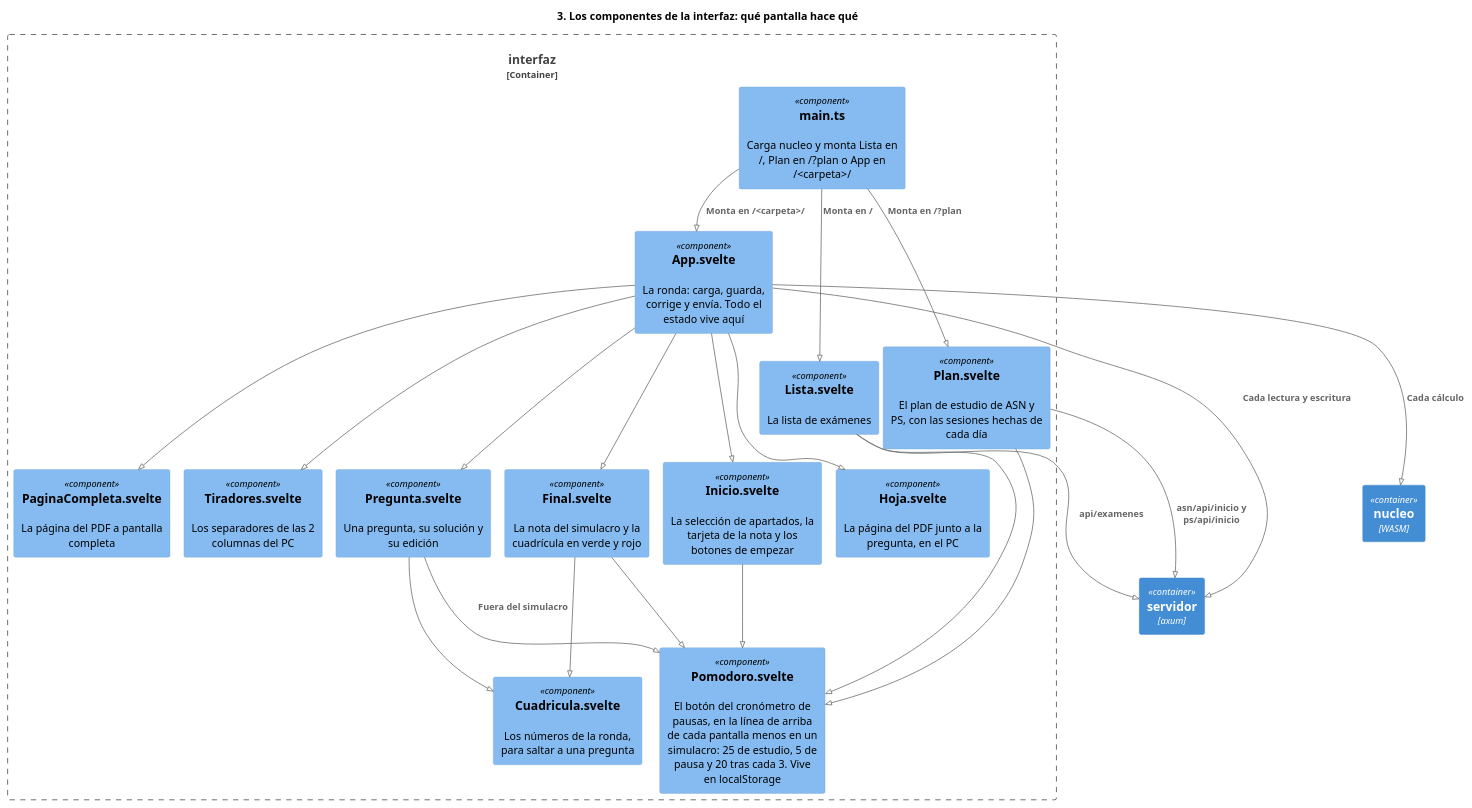
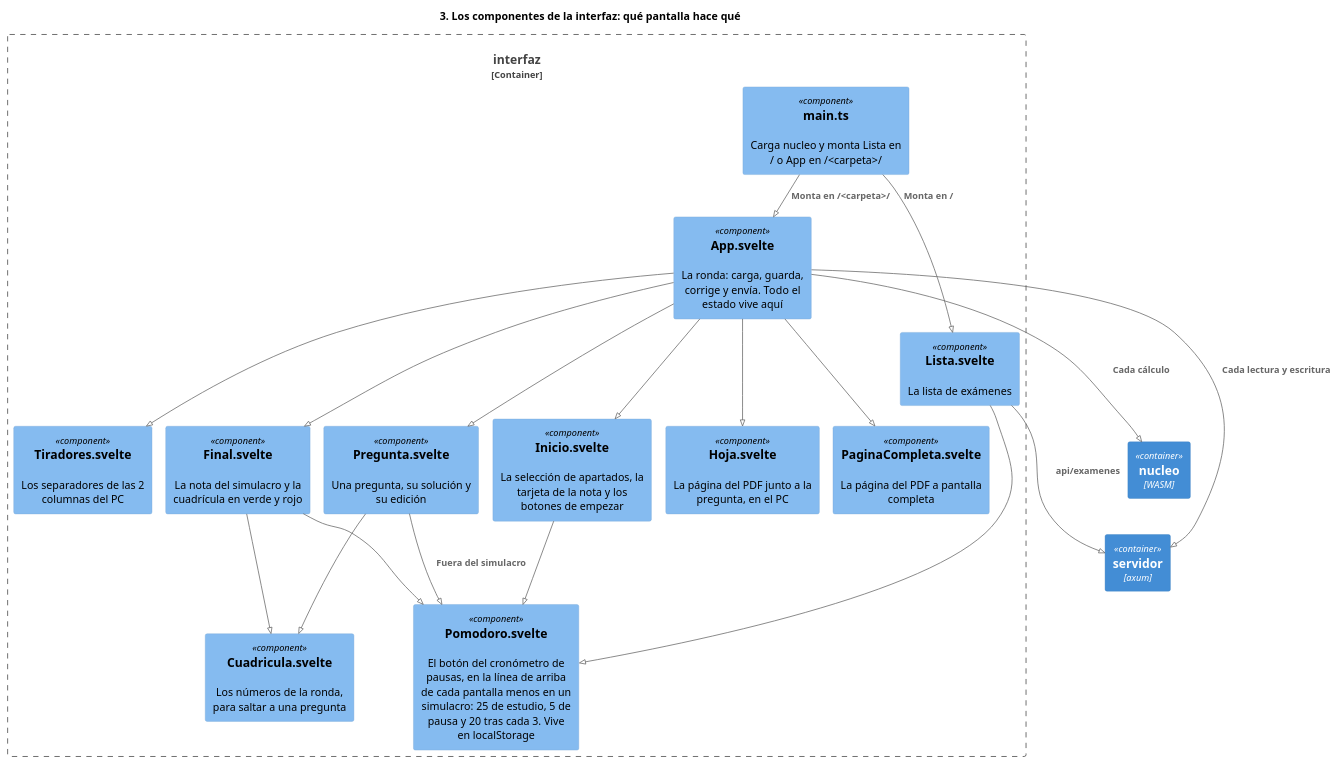
The diagram in docs/diagramas/3-interfaz.puml (jfdg01/examenes), drawn with PlantUML before and after one commit. The commit also changed 5 other files, not shown here.

First line of the commit message:
feat: la app no tiene plan de estudio

```diff
--- a/docs/diagramas/3-interfaz.puml
+++ b/docs/diagramas/3-interfaz.puml
@@ -1,44 +1,40 @@
 @startuml 3-interfaz
 !pragma layout smetana
 !include <C4/C4_Component>
 title 3. Los componentes de la interfaz: qué pantalla hace qué
 
 Container(servidor, "servidor", "axum")
 Container(nucleo, "nucleo", "WASM")
 
 Container_Boundary(interfaz, "interfaz") {
-  Component(main, "main.ts", "", "Carga nucleo y monta Lista en /, Plan en /?plan o App en /<carpeta>/")
+  Component(main, "main.ts", "", "Carga nucleo y monta Lista en / o App en /<carpeta>/")
   Component(pomodoro, "Pomodoro.svelte", "", "El botón del cronómetro de pausas, en la línea de arriba de cada pantalla menos en un simulacro: 25 de estudio, 5 de pausa y 20 tras cada 3. Vive en localStorage")
   Component(lista, "Lista.svelte", "", "La lista de exámenes")
-  Component(plan, "Plan.svelte", "", "El plan de estudio de ASN y PS, con las sesiones hechas de cada día")
   Component(app, "App.svelte", "", "La ronda: carga, guarda, corrige y envía. Todo el estado vive aquí")
   Component(inicio, "Inicio.svelte", "", "La selección de apartados, la tarjeta de la nota y los botones de empezar")
   Component(pregunta, "Pregunta.svelte", "", "Una pregunta, su solución y su edición")
   Component(final, "Final.svelte", "", "La nota del simulacro y la cuadrícula en verde y rojo")
   Component(cuadricula, "Cuadricula.svelte", "", "Los números de la ronda, para saltar a una pregunta")
   Component(hoja, "Hoja.svelte", "", "La página del PDF junto a la pregunta, en el PC")
   Component(pagina, "PaginaCompleta.svelte", "", "La página del PDF a pantalla completa")
   Component(tiradores, "Tiradores.svelte", "", "Los separadores de las 2 columnas del PC")
 }
 
 Rel(main, lista, "Monta en /")
 Rel(main, app, "Monta en /<carpeta>/")
 Rel(lista, servidor, "api/examenes")
-Rel(main, plan, "Monta en /?plan")
-Rel(plan, servidor, "asn/api/inicio y ps/api/inicio")
 Rel(app, inicio, "")
 Rel(app, pregunta, "")
 Rel(app, final, "")
 Rel(app, hoja, "")
 Rel(app, pagina, "")
 Rel(app, tiradores, "")
 Rel(pregunta, cuadricula, "")
 Rel(final, cuadricula, "")
 Rel(lista, pomodoro, "")
-Rel(plan, pomodoro, "")
 Rel(inicio, pomodoro, "")
 Rel(pregunta, pomodoro, "Fuera del simulacro")
 Rel(final, pomodoro, "")
 Rel(app, nucleo, "Cada cálculo")
 Rel(app, servidor, "Cada lectura y escritura")
 @enduml
```
